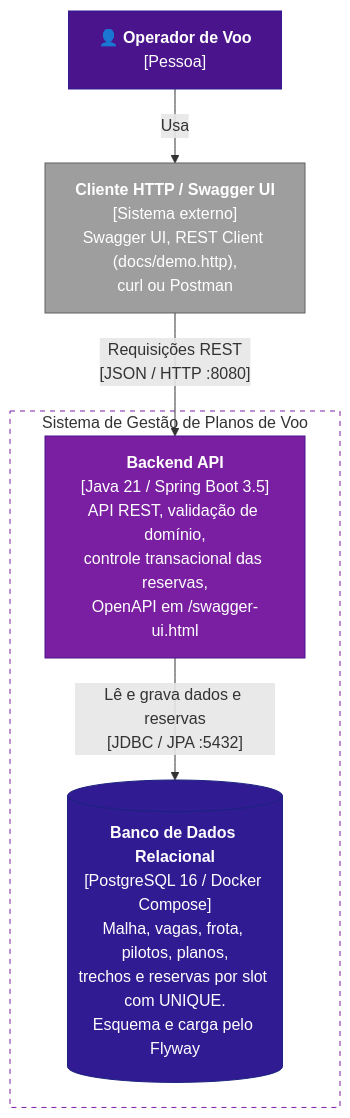
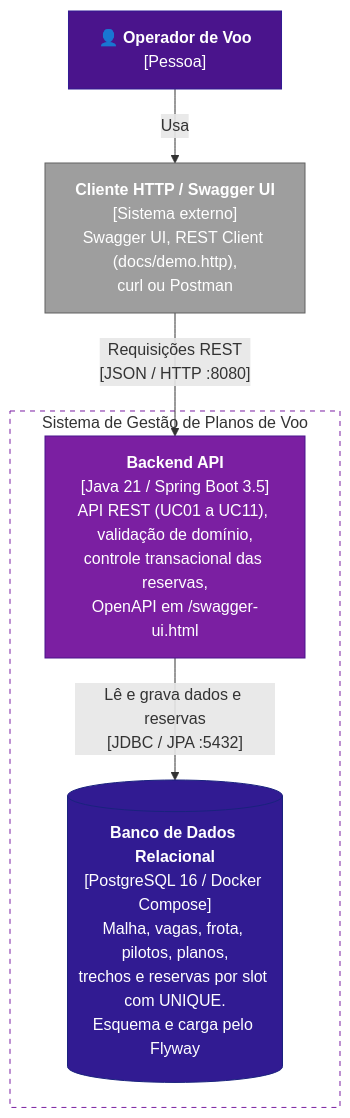
Before and after one commit to acpurper/PlanosDeVoo: the second of 4 diagrams in docs/c4.md, drawn with Mermaid. The commit also changed other lines of this file and 44 other files, not shown here.

````diff
--- a/docs/c4.md
+++ b/docs/c4.md
@@ -45,24 +48,24 @@
 ```mermaid
 flowchart TB
     operador["👤 <b>Operador de Voo</b><br/>[Pessoa]"]
     cliente["<b>Cliente HTTP / Swagger UI</b><br/>[Sistema externo]<br/>Swagger UI, REST Client (docs/demo.http),<br/>curl ou Postman"]
 
     subgraph sistema["Sistema de Gestão de Planos de Voo"]
-        api["<b>Backend API</b><br/>[Java 21 / Spring Boot 3.5]<br/>API REST, validação de domínio,<br/>controle transacional das reservas,<br/>OpenAPI em /swagger-ui.html"]
+        api["<b>Backend API</b><br/>[Java 21 / Spring Boot 3.5]<br/>API REST (UC01 a UC11), validação de domínio,<br/>controle transacional das reservas,<br/>OpenAPI em /swagger-ui.html"]
         db[("<b>Banco de Dados Relacional</b><br/>[PostgreSQL 16 / Docker Compose]<br/>Malha, vagas, frota, pilotos, planos,<br/>trechos e reservas por slot com UNIQUE.<br/>Esquema e carga pelo Flyway")]
     end
 
     operador -- "Usa" --> cliente
     cliente -- "Requisições REST<br/>[JSON / HTTP :8080]" --> api
     api -- "Lê e grava dados e reservas<br/>[JDBC / JPA :5432]" --> db
 
     classDef person fill:#4A148C,stroke:#311B92,color:#fff
     classDef ext fill:#9E9E9E,stroke:#616161,color:#fff
     classDef cont fill:#7B1FA2,stroke:#4A148C,color:#fff
     classDef dbc fill:#311B92,stroke:#1A237E,color:#fff
     class operador person
     class cliente ext
     class api cont
     class db dbc
     style sistema fill:none,stroke:#7B1FA2,stroke-dasharray:5 5
 ```
````
